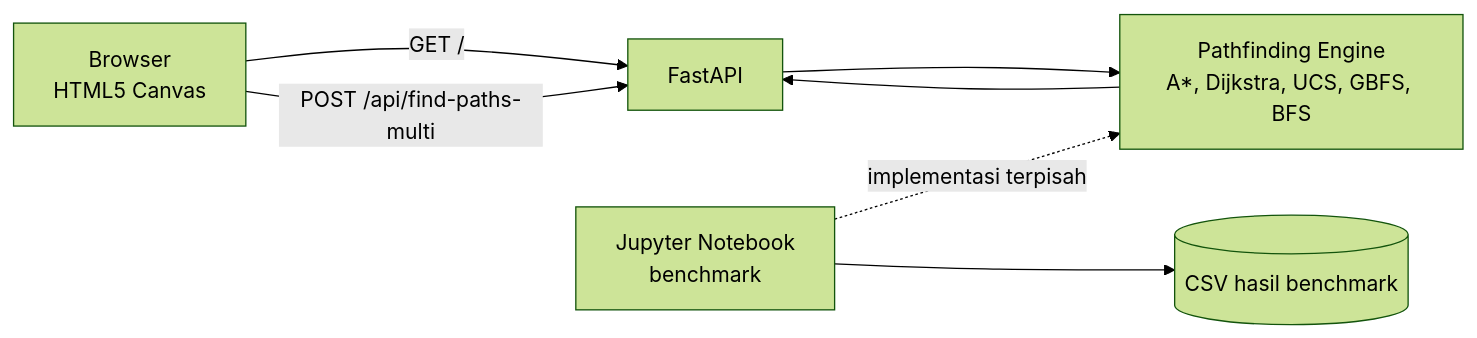
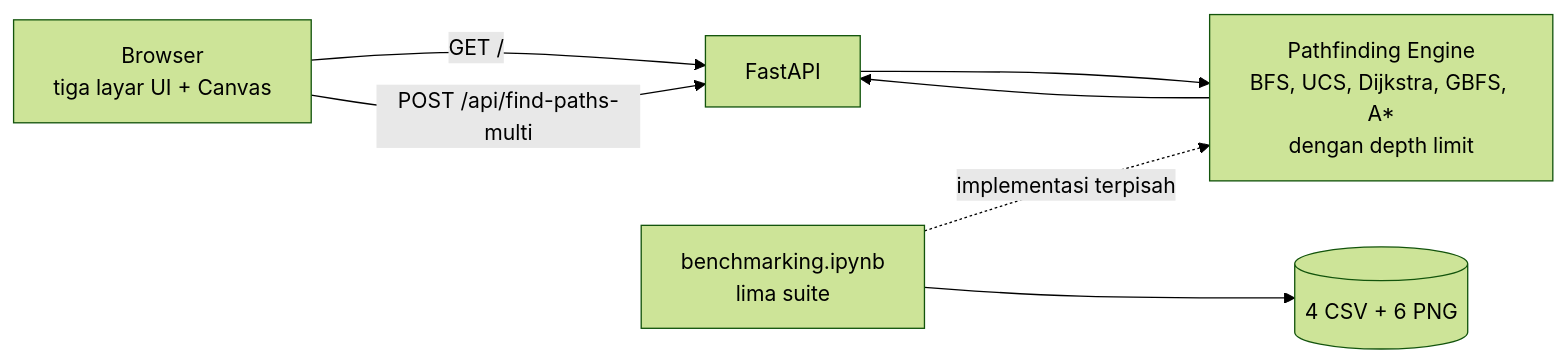
One commit to anindyariza/Bomberman-Pathfinding changed the first of 2 diagrams in docs/arsitektur.md. Above: the diagram before and after it, drawn with Mermaid (forest theme). The commit also changed other lines of this file and 5 other files, not shown here.

````diff
--- a/docs/arsitektur.md
+++ b/docs/arsitektur.md
@@ -13,9 +13,9 @@
 ```mermaid
 flowchart LR
-    U[Browser<br/>HTML5 Canvas] -->|GET /| A[FastAPI]
+    U[Browser<br/>tiga layar UI + Canvas] -->|GET /| A[FastAPI]
     U -->|POST /api/find-paths-multi| A
-    A --> E[Pathfinding Engine<br/>A*, Dijkstra, UCS, GBFS, BFS]
+    A --> E[Pathfinding Engine<br/>BFS, UCS, Dijkstra, GBFS, A*<br/>dengan depth limit]
     E --> A
-    N[Jupyter Notebook<br/>benchmark] -.->|implementasi terpisah| E
-    N --> CSV[(CSV hasil benchmark)]
+    N[benchmarking.ipynb<br/>lima suite] -.->|implementasi terpisah| E
+    N --> CSV[(4 CSV + 6 PNG)]
 ```
````
